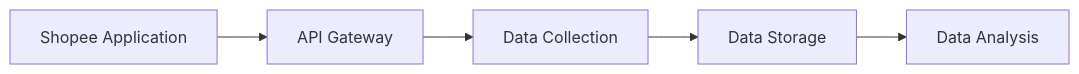
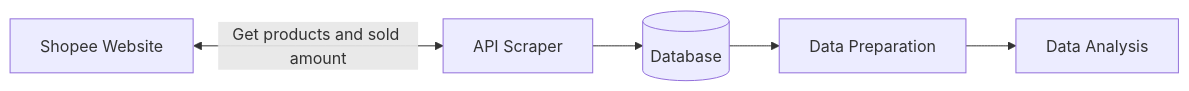
One commit to drshahizan/special-topic-data-engineering changed the first of 2 diagrams in project/proposal/Regex/Proposal_Regex.md. Above: the diagram before and after it, drawn with Mermaid. The commit also changed other lines of this file, not shown here.

````diff
--- a/project/proposal/Regex/Proposal_Regex.md
+++ b/project/proposal/Regex/Proposal_Regex.md
@@ -113,8 +137,8 @@
 ```mermaid
 
 flowchart LR;
-    id1[Shopee Application] --> id2[API Gateway]
-    id2[API Gateway] --> id3[Data Collection]
-    id3[Data Collection] --> id4[Data Storage]
-    id4[Data Storage] --> id5[Data Analysis]
+    id1[Shopee Website] <--Get products and sold amount--> id2[API Scraper]
+    id2[API Scraper] --> id3[(Database)]
+    id3[(Database)] --> id4[Data Preparation]
+    id4[Data Preparation] --> id5[Data Analysis]
 ```
````
